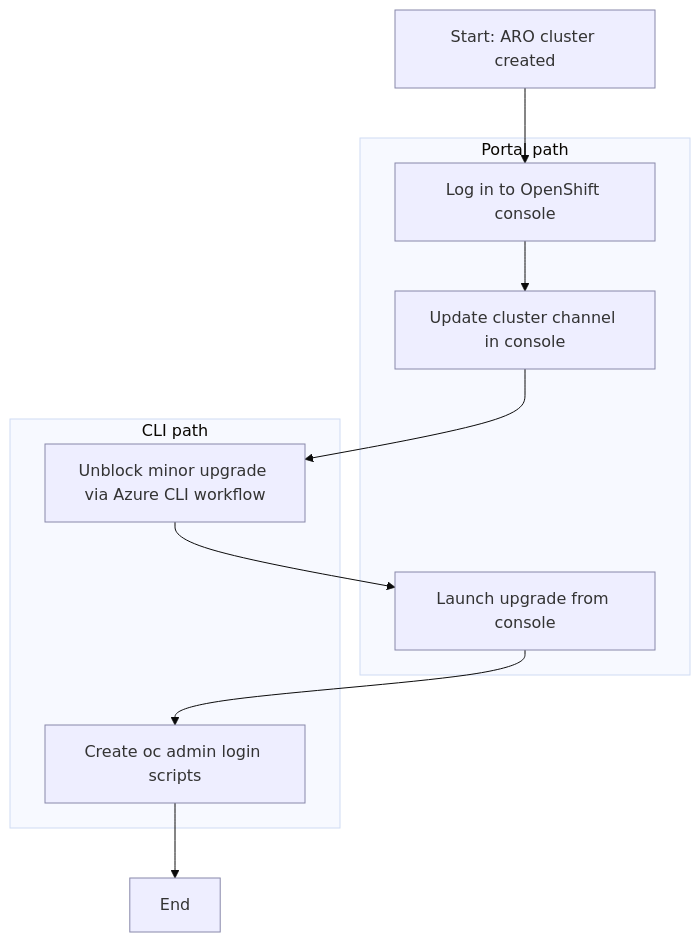
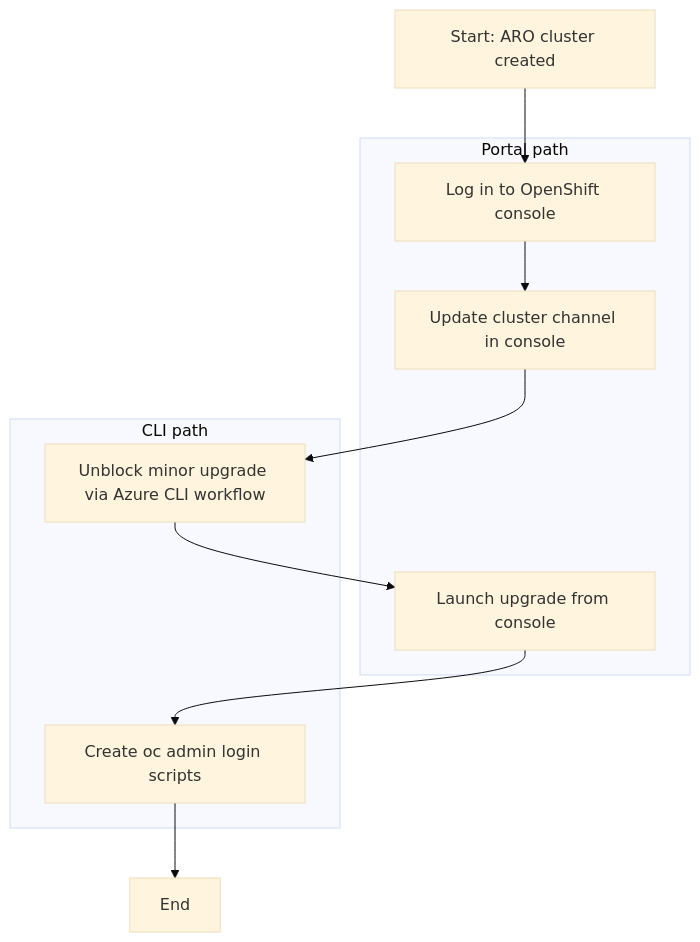
The diagram in Module-02-aro-post-deployment-actions.md (heisthesisko/Azure_RedHat_OpenShift_Virtualization), drawn with Mermaid (base theme) before and after one commit.

Commit message:
fix: remove unnecessary styling comments from mermaid flowchart in documentation

````diff
--- a/Module-02-aro-post-deployment-actions.md
+++ b/Module-02-aro-post-deployment-actions.md
@@ -9,20 +9,17 @@
 ```mermaid
 flowchart TD
   A[Start: ARO cluster created] --> B[Log in to OpenShift console]
 
   subgraph Portal path
     B --> C[Update cluster channel in console]
     E[Launch upgrade from console]
   end
 
   subgraph CLI path
     D[Unblock minor upgrade via Azure CLI workflow]
     F[Create oc admin login scripts]
   end
 
   C --> D --> E --> F --> G[End]
 
-  %% Styling (kept minimal and GitHub-safe)
-  classDef action fill:#eef,stroke:#88a,stroke-width:1px;
-  class A,B,C,D,E,F,G action;
 ```
````
